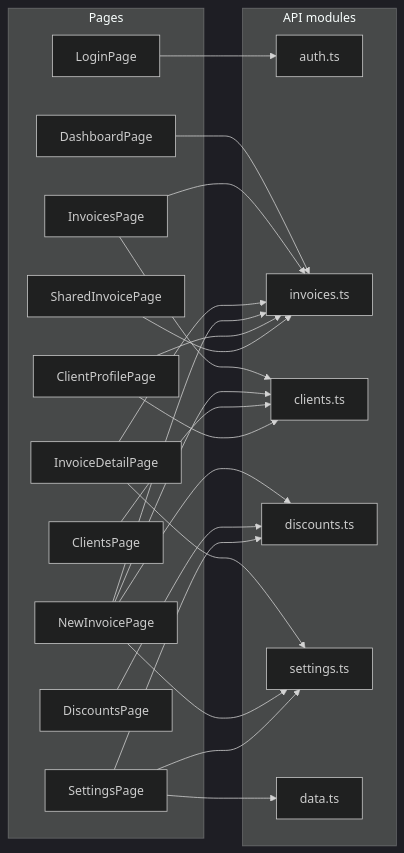
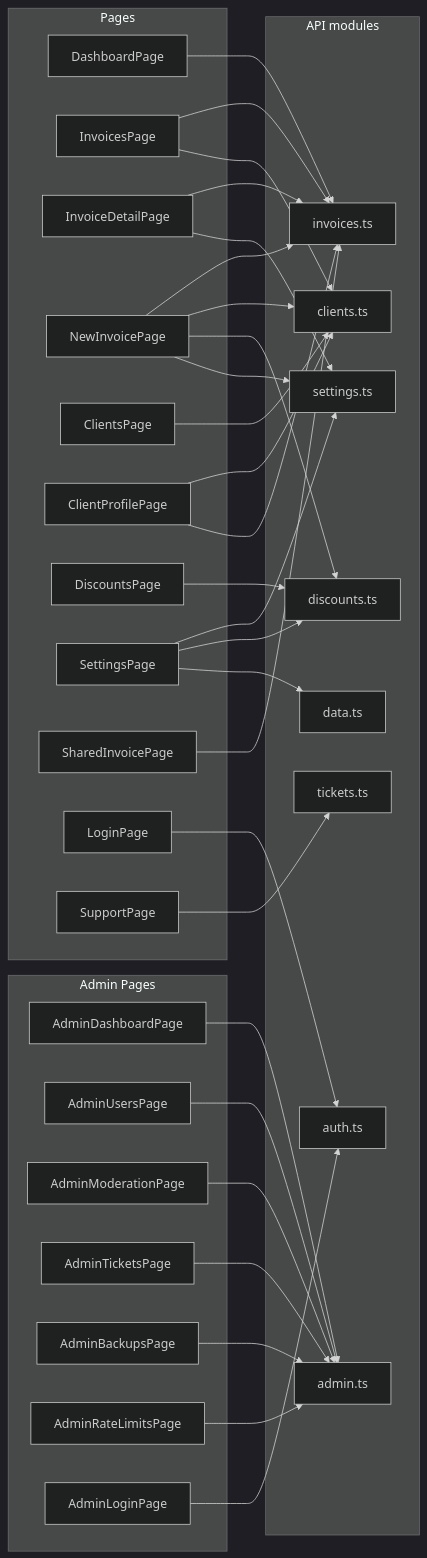
The second of 3 diagrams in docs/frontend/overview.md (becomeonewiththecode/invoicing), drawn with Mermaid (dark theme) before and after one commit. The commit also changed other lines of this file and 18 other files, not shown here.

First line of the commit message:
feat: admin login page, DB table creation, health fix, and docs update

````diff
--- a/docs/frontend/overview.md
+++ b/docs/frontend/overview.md
@@ -109,43 +130,64 @@
 ```mermaid
 flowchart LR
   subgraph Pages
     DASH["DashboardPage"]
     INV["InvoicesPage"]
     INVD["InvoiceDetailPage"]
     INVN["NewInvoicePage"]
     CL["ClientsPage"]
     CLP["ClientProfilePage"]
     DISC["DiscountsPage"]
     SETT["SettingsPage"]
     SHARE["SharedInvoicePage"]
     LOGIN["LoginPage"]
+    SUP["SupportPage"]
+  end
+
+  subgraph AdminPages["Admin Pages"]
+    ADASH["AdminDashboardPage"]
+    AUSERS["AdminUsersPage"]
+    AMOD["AdminModerationPage"]
+    ATIX["AdminTicketsPage"]
+    ABACK["AdminBackupsPage"]
+    ARL["AdminRateLimitsPage"]
+    ALOGIN["AdminLoginPage"]
   end
 
   subgraph APIs["API modules"]
     A_AUTH["auth.ts"]
     A_INV["invoices.ts"]
     A_CL["clients.ts"]
     A_DISC["discounts.ts"]
     A_SET["settings.ts"]
     A_DATA["data.ts"]
+    A_ADM["admin.ts"]
+    A_TIX["tickets.ts"]
   end
 
   LOGIN --> A_AUTH
+  ALOGIN --> A_AUTH
   DASH --> A_INV
   INV --> A_INV
   INV --> A_CL
   INVD --> A_INV
   INVD --> A_SET
   INVN --> A_INV
   INVN --> A_CL
   INVN --> A_DISC
   INVN --> A_SET
   CL --> A_CL
   CLP --> A_CL
   CLP --> A_INV
   DISC --> A_DISC
   SETT --> A_SET
   SETT --> A_DISC
   SETT --> A_DATA
   SHARE --> A_INV
+  SUP --> A_TIX
+  ADASH --> A_ADM
+  AUSERS --> A_ADM
+  AMOD --> A_ADM
+  ATIX --> A_ADM
+  ABACK --> A_ADM
+  ARL --> A_ADM
 ```
````
